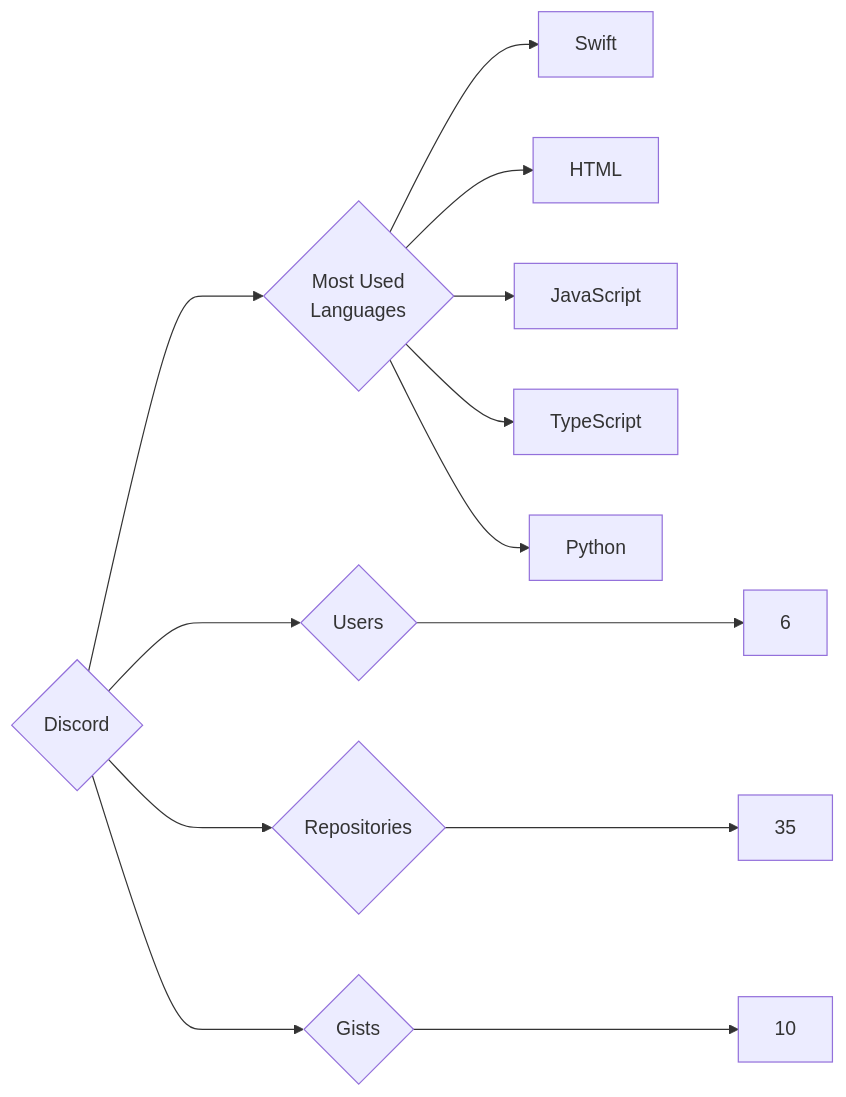
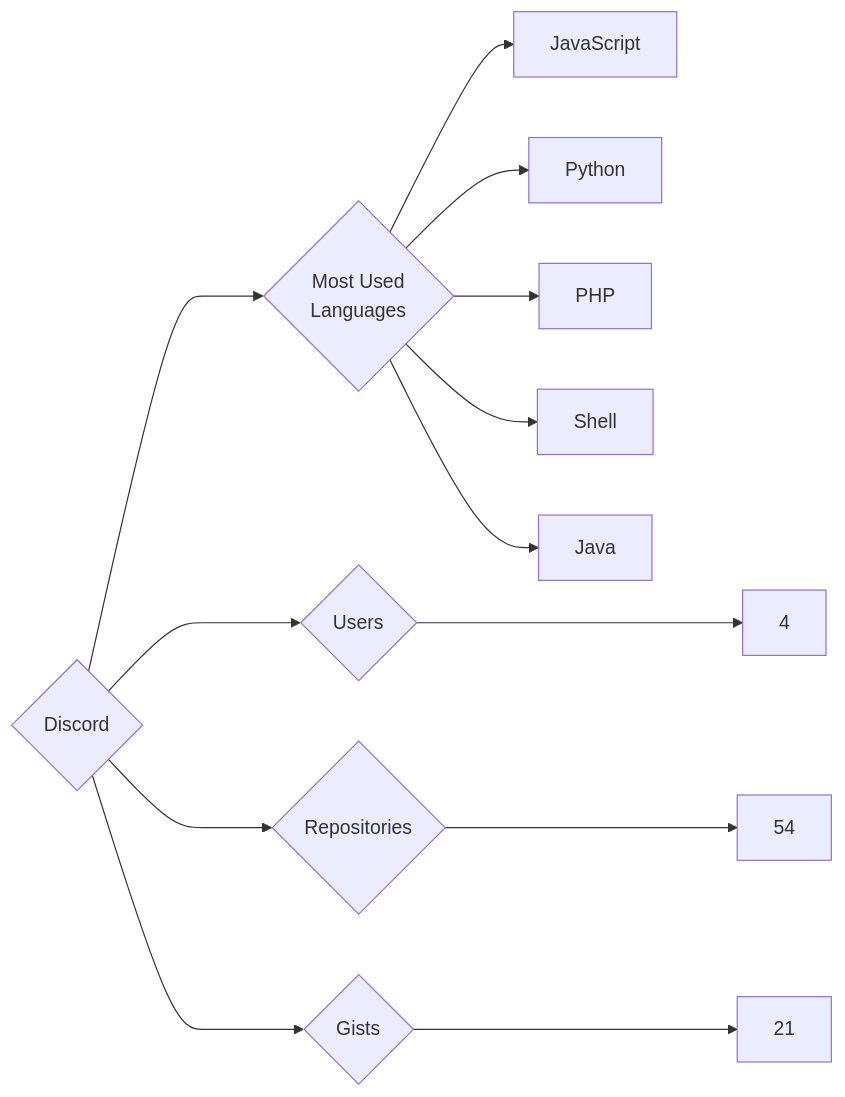
The diagram in targets/Discord/README.md (trickest/insiders), drawn with Mermaid before and after one commit. The commit also changed 1170 other files, not shown here.

````diff
--- a/targets/Discord/README.md
+++ b/targets/Discord/README.md
@@ -3,13 +3,13 @@
 ```mermaid
 graph LR
 COMPANY_NAME{Discord}
-COMPANY_NAME ---> U{Users} ---> UN[6]
-COMPANY_NAME ---> R{Repositories} ---> RN[35]
-COMPANY_NAME ---> G{Gists} ---> GN[10]
+COMPANY_NAME ---> U{Users} ---> UN[4]
+COMPANY_NAME ---> R{Repositories} ---> RN[54]
+COMPANY_NAME ---> G{Gists} ---> GN[21]
 COMPANY_NAME ---> ML{Most Used<br>Languages}
-ML --> Swift[Swift]
-ML --> HTML[HTML]
 ML --> JavaScript[JavaScript]
-ML --> TypeScript[TypeScript]
 ML --> Python[Python]
+ML --> PHP[PHP]
+ML --> Shell[Shell]
+ML --> Java[Java]
 ```
````
